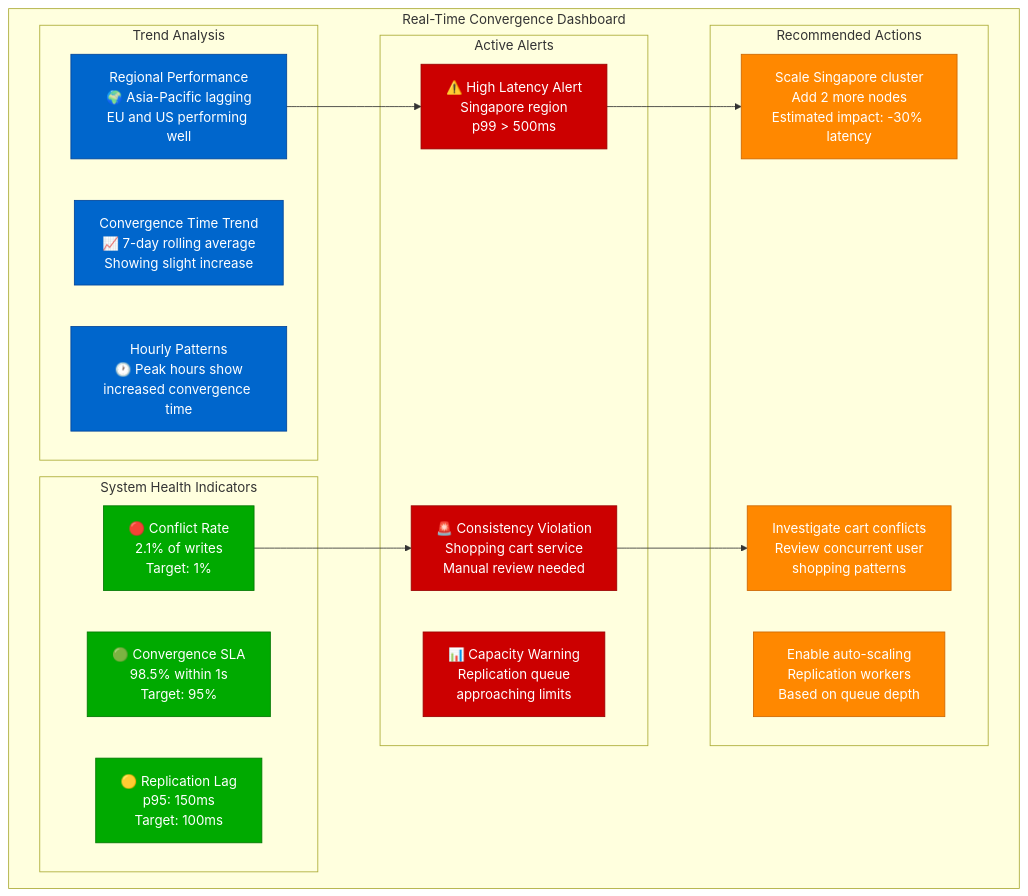
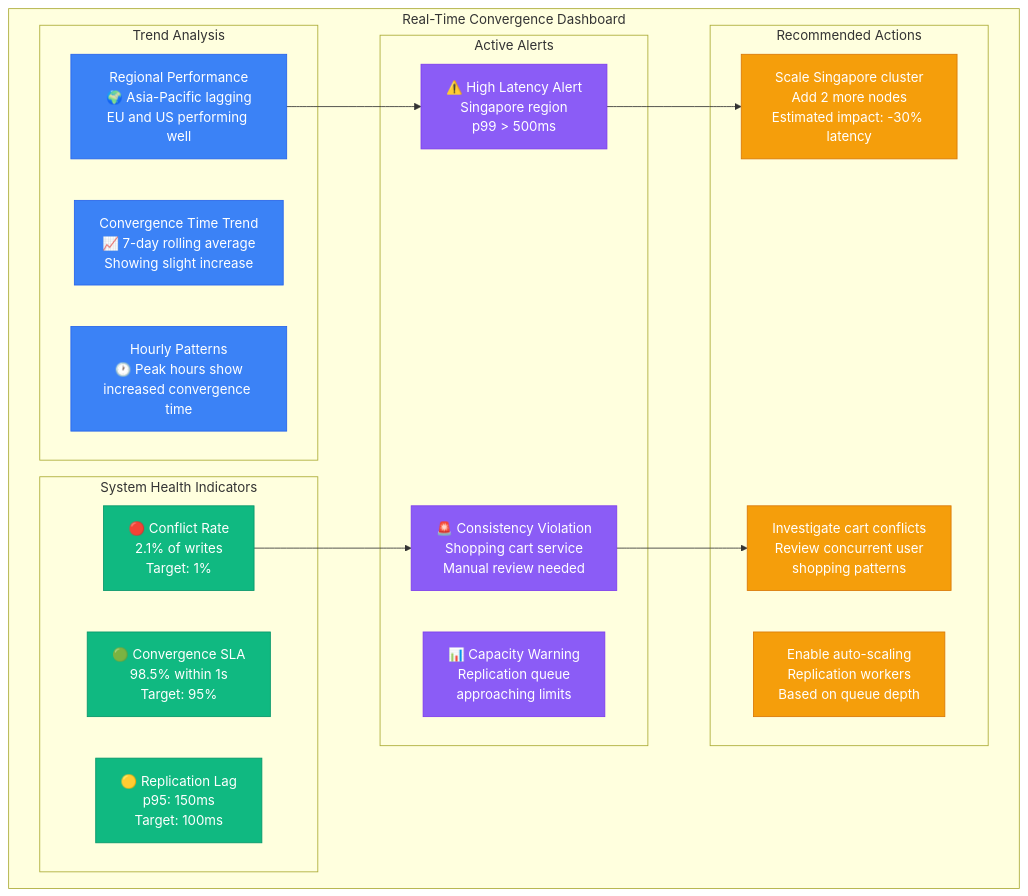
One commit to deepaucksharma/DS changed the sixth of 8 diagrams in site/docs/guarantees/eventual-consistency/eventual-consistency-metrics.md. Above: the diagram before and after it, drawn with Mermaid. The commit also changed other lines of this file and 303 other files, not shown here.

````diff
--- a/site/docs/guarantees/eventual-consistency/eventual-consistency-metrics.md
+++ b/site/docs/guarantees/eventual-consistency/eventual-consistency-metrics.md
@@ -442,43 +442,43 @@
 ```mermaid
 graph TB
     subgraph MonitoringDashboard[Real-Time Convergence Dashboard]
         subgraph HealthIndicators[System Health Indicators]
             HI1[🟢 Convergence SLA<br/>98.5% within 1s<br/>Target: 95%]
             HI2[🟡 Replication Lag<br/>p95: 150ms<br/>Target: 100ms]
             HI3[🔴 Conflict Rate<br/>2.1% of writes<br/>Target: 1%]
         end
 
         subgraph TrendGraphs[Trend Analysis]
             TG1[Convergence Time Trend<br/>📈 7-day rolling average<br/>Showing slight increase]
             TG2[Regional Performance<br/>🌍 Asia-Pacific lagging<br/>EU and US performing well]
             TG3[Hourly Patterns<br/>🕐 Peak hours show<br/>increased convergence time]
         end
 
         subgraph AlertingSummary[Active Alerts]
             AS1[⚠️ High Latency Alert<br/>Singapore region<br/>p99 > 500ms]
             AS2[🚨 Consistency Violation<br/>Shopping cart service<br/>Manual review needed]
             AS3[📊 Capacity Warning<br/>Replication queue<br/>approaching limits]
         end
 
         subgraph ActionItems[Recommended Actions]
             AI1[Scale Singapore cluster<br/>Add 2 more nodes<br/>Estimated impact: -30% latency]
             AI2[Investigate cart conflicts<br/>Review concurrent user<br/>shopping patterns]
             AI3[Enable auto-scaling<br/>Replication workers<br/>Based on queue depth]
         end
     end
 
     HI3 --> AS2
     TG2 --> AS1
     AS1 --> AI1
     AS2 --> AI2
 
-    classDef healthStyle fill:#00AA00,stroke:#007700,color:#fff
-    classDef trendStyle fill:#0066CC,stroke:#004499,color:#fff
-    classDef alertStyle fill:#CC0000,stroke:#990000,color:#fff
-    classDef actionStyle fill:#FF8800,stroke:#CC6600,color:#fff
+    classDef healthStyle fill:#10B981,stroke:#059669,color:#fff
+    classDef trendStyle fill:#3B82F6,stroke:#2563EB,color:#fff
+    classDef alertStyle fill:#8B5CF6,stroke:#7C3AED,color:#fff
+    classDef actionStyle fill:#F59E0B,stroke:#D97706,color:#fff
 
     class HI1,HI2,HI3 healthStyle
     class TG1,TG2,TG3 trendStyle
     class AS1,AS2,AS3 alertStyle
     class AI1,AI2,AI3 actionStyle
 ```
````
